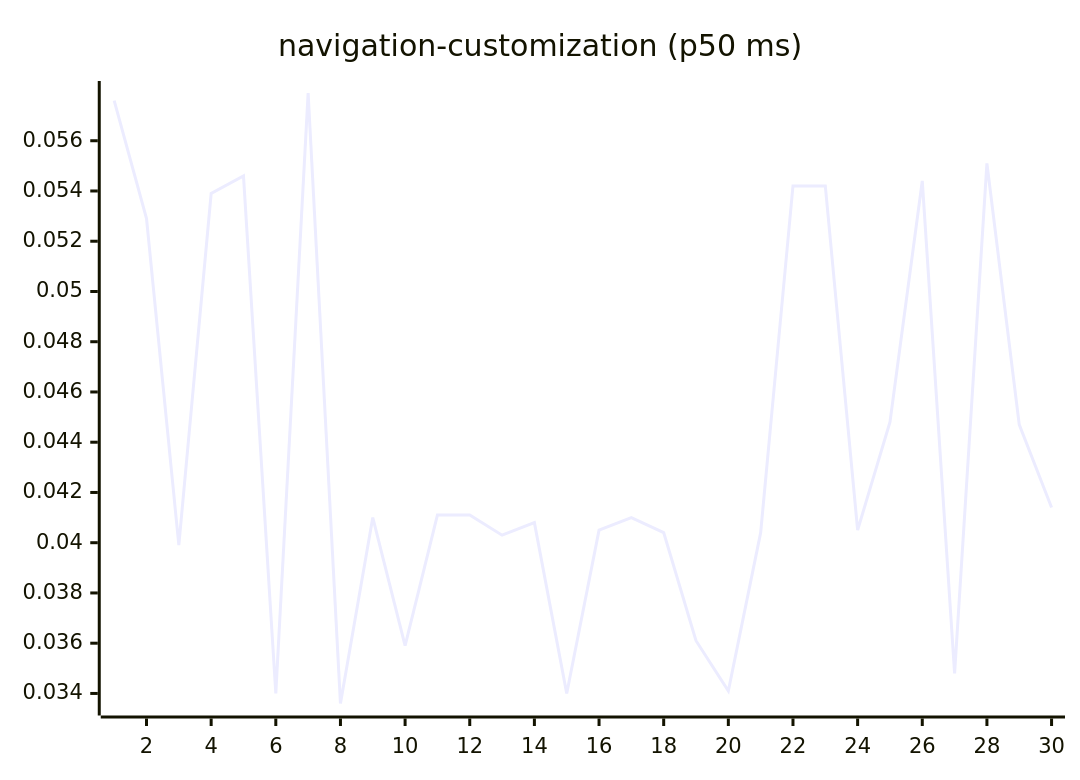
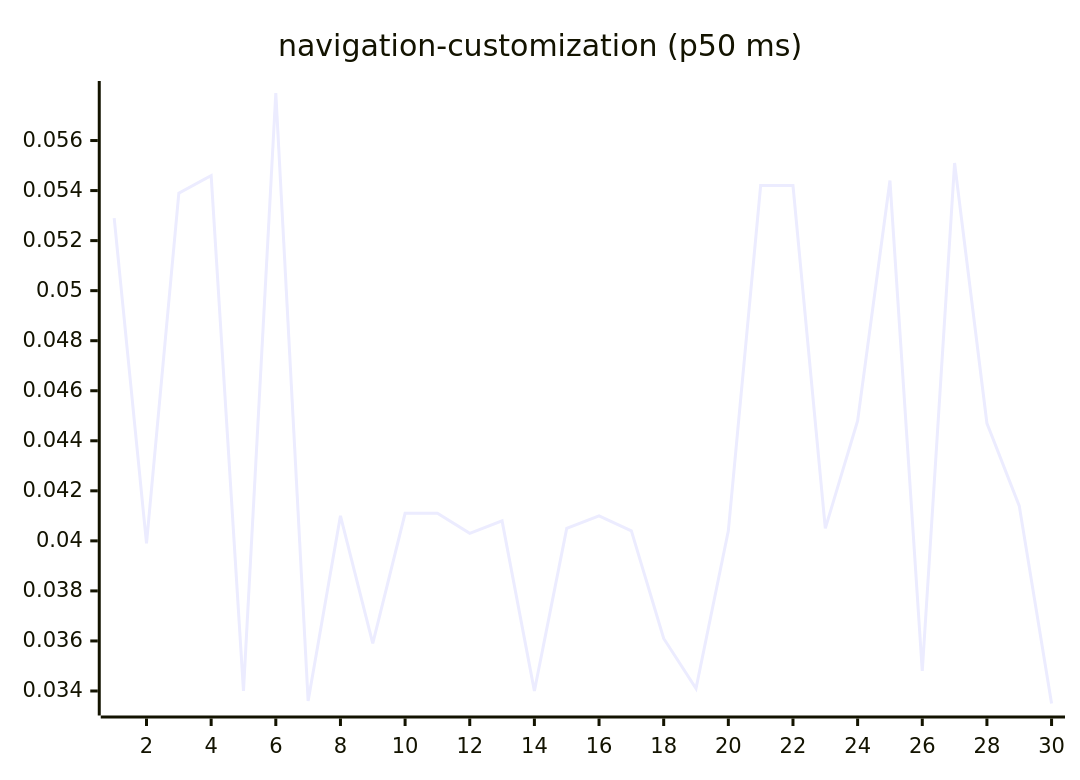
Diagram 15 of 27 in README.md (josha/Facet), drawn with Mermaid before and after one commit. The commit also changed other lines of this file and 2 other files, not shown here.

````diff
--- a/README.md
+++ b/README.md
@@ -161,6 +161,6 @@
 ```mermaid
 xychart-beta
     title "navigation-customization (p50 ms)"
     x-axis 1 --> 30
-    line [0.0576, 0.0529, 0.0399, 0.0539, 0.0546, 0.0340, 0.0579, 0.0336, 0.0410, 0.0359, 0.0411, 0.0411, 0.0403, 0.0408, 0.0340, 0.0405, 0.0410, 0.0404, 0.0361, 0.0341, 0.0404, 0.0542, 0.0542, 0.0405, 0.0448, 0.0544, 0.0348, 0.0551, 0.0447, 0.0414]
+    line [0.0529, 0.0399, 0.0539, 0.0546, 0.0340, 0.0579, 0.0336, 0.0410, 0.0359, 0.0411, 0.0411, 0.0403, 0.0408, 0.0340, 0.0405, 0.0410, 0.0404, 0.0361, 0.0341, 0.0404, 0.0542, 0.0542, 0.0405, 0.0448, 0.0544, 0.0348, 0.0551, 0.0447, 0.0414, 0.0335]
 ```
````
